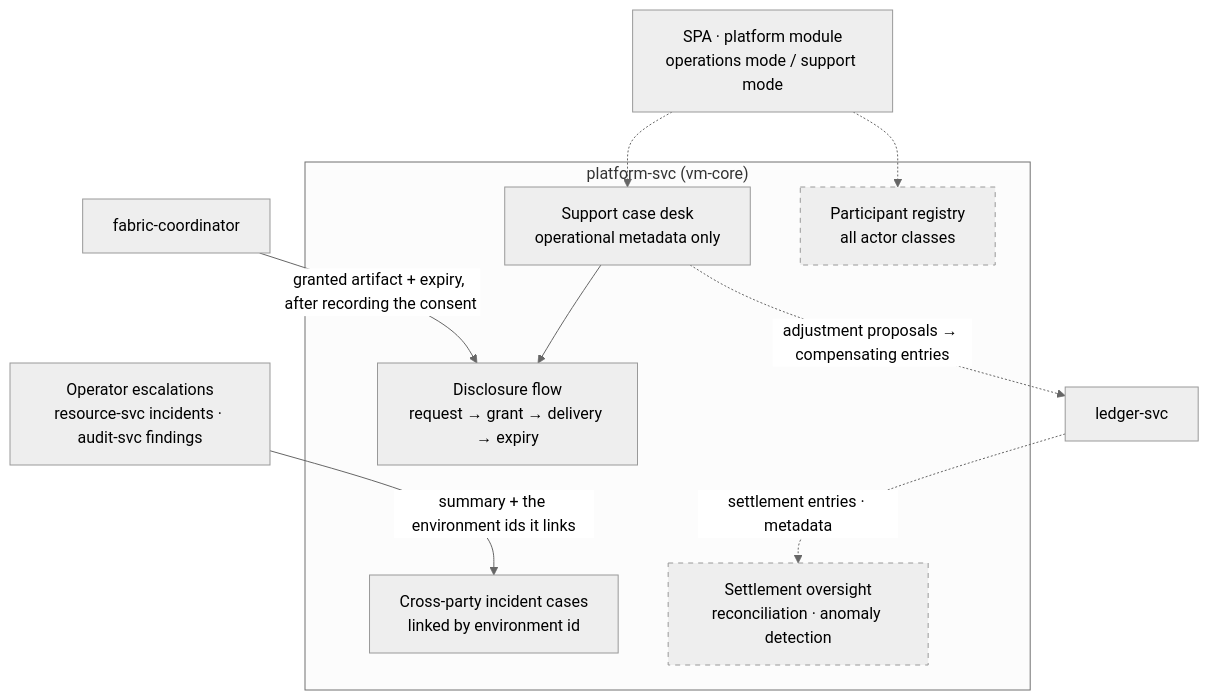
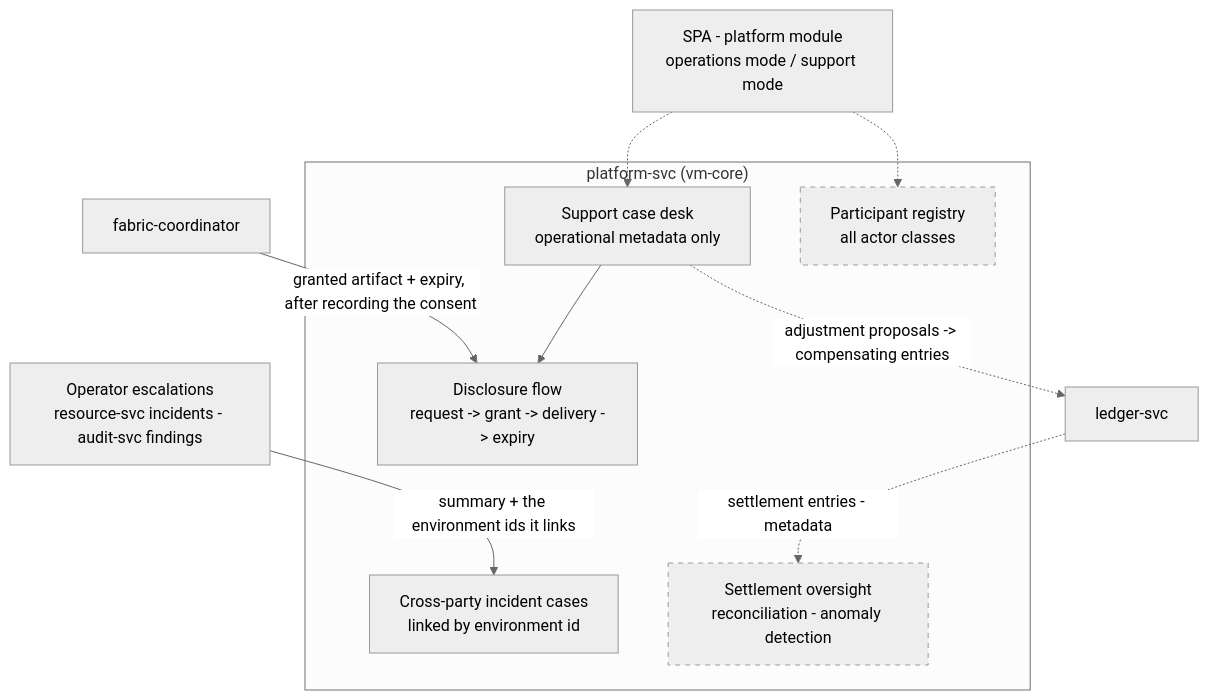
The diagram in plan/design/07-platform.md (alius-git/amisad.dev), drawn with Mermaid (neutral theme) before and after one commit. The commit also changed other lines of this file and 44 other files, not shown here.

````diff
--- a/plan/design/07-platform.md
+++ b/plan/design/07-platform.md
@@ -7,25 +7,25 @@
 ```mermaid
 flowchart TD
     subgraph svc["platform-svc (vm-core)"]
         incidents["Cross-party incident cases<br/>linked by environment id"]
         cases["Support case desk<br/>operational metadata only"]
-        disclosure["Disclosure flow<br/>request → grant → delivery → expiry"]
+        disclosure["Disclosure flow<br/>request -> grant -> delivery -> expiry"]
         registry["Participant registry<br/>all actor classes"]
-        oversight["Settlement oversight<br/>reconciliation · anomaly detection"]
+        oversight["Settlement oversight<br/>reconciliation - anomaly detection"]
     end
-    escalations["Operator escalations<br/>resource-svc incidents · audit-svc findings"]
-    spa["SPA · platform module<br/>operations mode / support mode"]
+    escalations["Operator escalations<br/>resource-svc incidents - audit-svc findings"]
+    spa["SPA - platform module<br/>operations mode / support mode"]
     coordinator["fabric-coordinator"]
     ledger["ledger-svc"]
 
     spa -.-> registry
     spa -.-> cases
     escalations -->|"summary + the environment ids it links"| incidents
     cases --> disclosure
     coordinator -->|"granted artifact + expiry, after recording the consent"| disclosure
-    ledger -.->|"settlement entries · metadata"| oversight
-    cases -.->|"adjustment proposals → compensating entries"| ledger
+    ledger -.->|"settlement entries - metadata"| oversight
+    cases -.->|"adjustment proposals -> compensating entries"| ledger
 
     classDef planned stroke-dasharray: 5 5
     class registry,oversight planned
 ```
````
